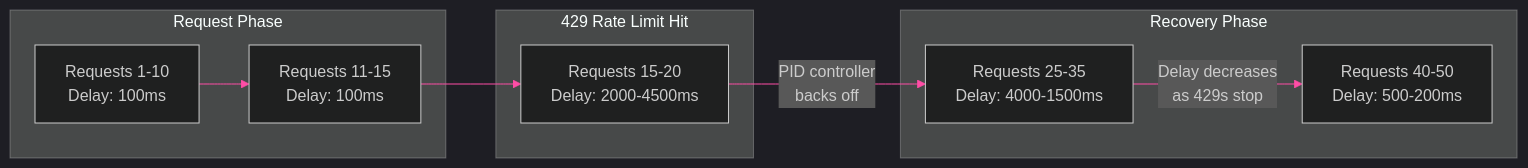
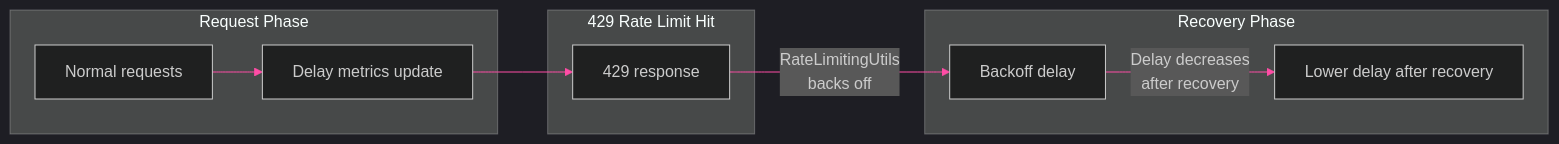
The third of 5 diagrams in documentation/diagrams/operations/metrics-and-analytics.md (jmorrison-juniper/MistHelper), drawn with Mermaid before and after one commit. The commit also changed other lines of this file and 110 other files, not shown here.

````diff
--- a/documentation/diagrams/operations/metrics-and-analytics.md
+++ b/documentation/diagrams/operations/metrics-and-analytics.md
@@ -84,27 +84,27 @@
 ```mermaid
 %%{init: {'theme': 'dark', 'themeVariables': {
   'primaryColor': '#E20074',
   'primaryTextColor': '#E0E0E0',
   'primaryBorderColor': '#99004D',
   'lineColor': '#FF4DA6',
   'secondaryColor': '#16213E',
   'tertiaryColor': '#1A1A2E',
   'fontFamily': 'ui-monospace, monospace'
 }}}%%
 flowchart LR
     subgraph input["Request Phase"]
-        R1["Requests 1-10<br/>Delay: 100ms"]
-        R2["Requests 11-15<br/>Delay: 100ms"]
+        R1["Normal requests"]
+        R2["Delay metrics update"]
     end
 
     subgraph spike["429 Rate Limit Hit"]
-        R3["Requests 15-20<br/>Delay: 2000-4500ms"]
+        R3["429 response"]
     end
 
     subgraph recovery["Recovery Phase"]
-        R4["Requests 25-35<br/>Delay: 4000-1500ms"]
-        R5["Requests 40-50<br/>Delay: 500-200ms"]
+        R4["Backoff delay"]
+        R5["Lower delay after recovery"]
     end
 
-    R1 --> R2 --> R3 -->|"PID controller<br/>backs off"| R4 -->|"Delay decreases<br/>as 429s stop"| R5
+    R1 --> R2 --> R3 -->|"RateLimitingUtils<br/>backs off"| R4 -->|"Delay decreases<br/>after recovery"| R5
 ```
````
